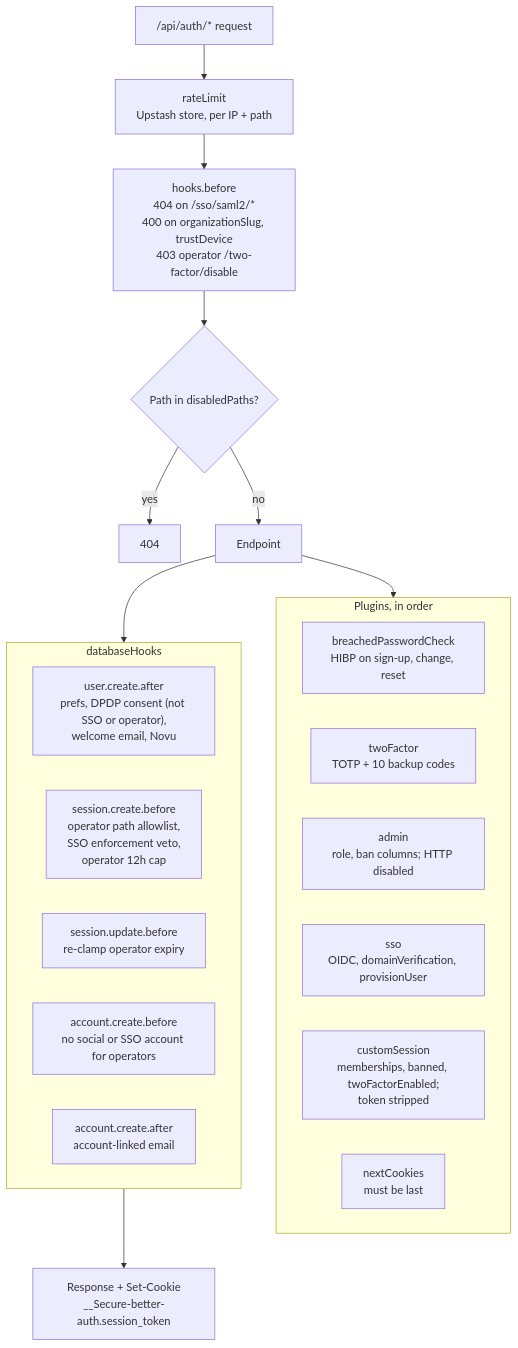
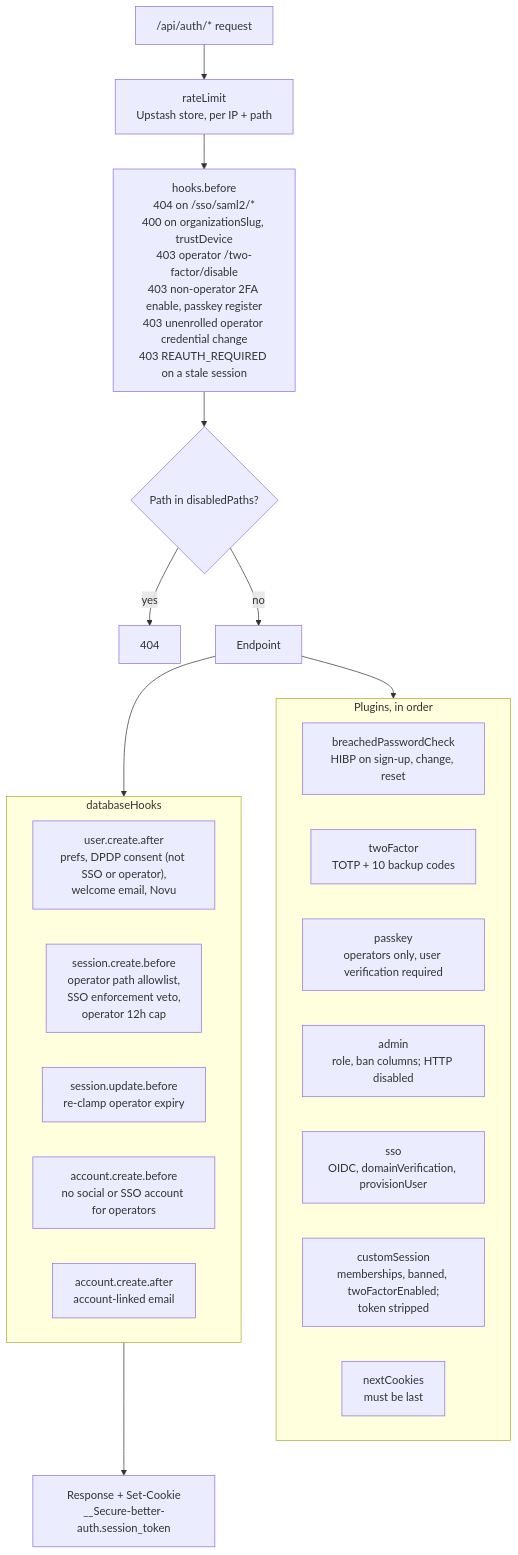
One commit to Practitionist/familiarise_web changed the first of 9 diagrams in docs/authentication/architecture.md. Above: the diagram before and after it, drawn with Mermaid. The commit also changed other lines of this file and 80 other files, not shown here.

````diff
--- a/docs/authentication/architecture.md
+++ b/docs/authentication/architecture.md
@@ -27,30 +27,31 @@
 ```mermaid
 flowchart TD
   REQ["/api/auth/* request"] --> RL["rateLimit<br/>Upstash store, per IP + path"]
-  RL --> HB["hooks.before<br/>404 on /sso/saml2/*<br/>400 on organizationSlug, trustDevice<br/>403 operator /two-factor/disable"]
+  RL --> HB["hooks.before<br/>404 on /sso/saml2/*<br/>400 on organizationSlug, trustDevice<br/>403 operator /two-factor/disable<br/>403 non-operator 2FA enable, passkey register<br/>403 unenrolled operator credential change<br/>403 REAUTH_REQUIRED on a stale session"]
   HB --> DP{"Path in disabledPaths?"}
   DP -- yes --> X404["404"]
   DP -- no --> EP["Endpoint"]
 
   subgraph Plugins["Plugins, in order"]
     P1["breachedPasswordCheck<br/>HIBP on sign-up, change, reset"]
     P2["twoFactor<br/>TOTP + 10 backup codes"]
-    P3["admin<br/>role, ban columns; HTTP disabled"]
-    P4["sso<br/>OIDC, domainVerification, provisionUser"]
-    P5["customSession<br/>memberships, banned, twoFactorEnabled;<br/>token stripped"]
-    P6["nextCookies<br/>must be last"]
+    P3["passkey<br/>operators only, user verification required"]
+    P4["admin<br/>role, ban columns; HTTP disabled"]
+    P5["sso<br/>OIDC, domainVerification, provisionUser"]
+    P6["customSession<br/>memberships, banned, twoFactorEnabled;<br/>token stripped"]
+    P7["nextCookies<br/>must be last"]
   end
 
   EP --> Plugins
   EP --> DBH
 
   subgraph DBH["databaseHooks"]
     H1["user.create.after<br/>prefs, DPDP consent (not SSO or operator),<br/>welcome email, Novu"]
     H2["session.create.before<br/>operator path allowlist,<br/>SSO enforcement veto,<br/>operator 12h cap"]
     H3["session.update.before<br/>re-clamp operator expiry"]
     H4["account.create.before<br/>no social or SSO account for operators"]
     H5["account.create.after<br/>account-linked email"]
   end
 
   DBH --> RESP["Response + Set-Cookie<br/>__Secure-better-auth.session_token"]
 ```
````
